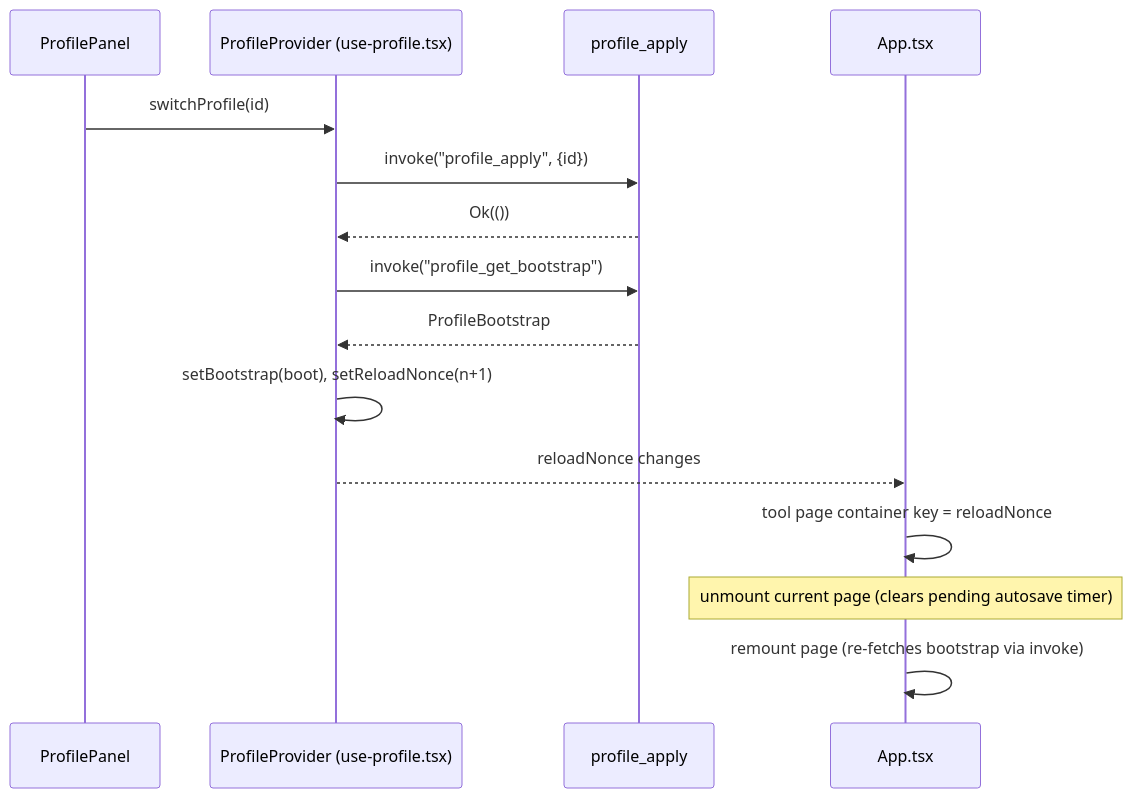
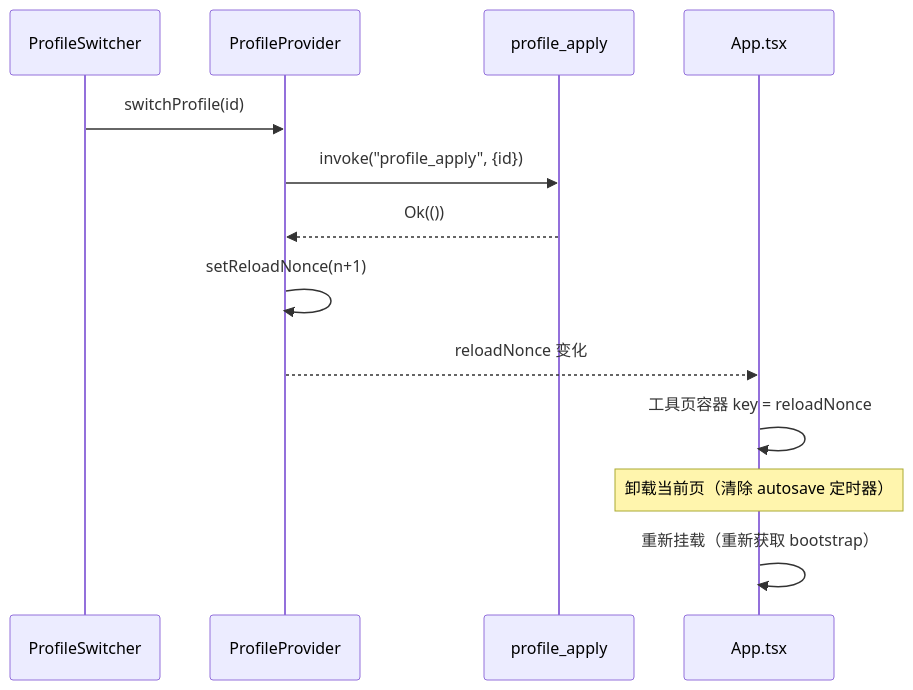
The second of 2 diagrams in droid-wiki/systems/profile-system.md (IZRINO/delta-auto-tools), drawn with Mermaid before and after one commit. The commit also changed other lines of this file and 36 other files, not shown here.

````diff
--- a/droid-wiki/systems/profile-system.md
+++ b/droid-wiki/systems/profile-system.md
@@ -87,17 +66,15 @@
 ```mermaid
 sequenceDiagram
-    participant UI as ProfilePanel
-    participant CTX as ProfileProvider (use-profile.tsx)
+    participant UI as ProfileSwitcher
+    participant CTX as ProfileProvider
     participant RUST as profile_apply
     participant APP as App.tsx
     UI->>CTX: switchProfile(id)
     CTX->>RUST: invoke("profile_apply", {id})
     RUST-->>CTX: Ok(())
-    CTX->>RUST: invoke("profile_get_bootstrap")
-    RUST-->>CTX: ProfileBootstrap
-    CTX->>CTX: setBootstrap(boot), setReloadNonce(n+1)
-    CTX-->>APP: reloadNonce changes
-    APP->>APP: tool page container key = reloadNonce
-    Note over APP: unmount current page (clears pending autosave timer)
-    APP->>APP: remount page (re-fetches bootstrap via invoke)
+    CTX->>CTX: setReloadNonce(n+1)
+    CTX-->>APP: reloadNonce 变化
+    APP->>APP: 工具页容器 key = reloadNonce
+    Note over APP: 卸载当前页（清除 autosave 定时器）
+    APP->>APP: 重新挂载（重新获取 bootstrap）
 ```
````
